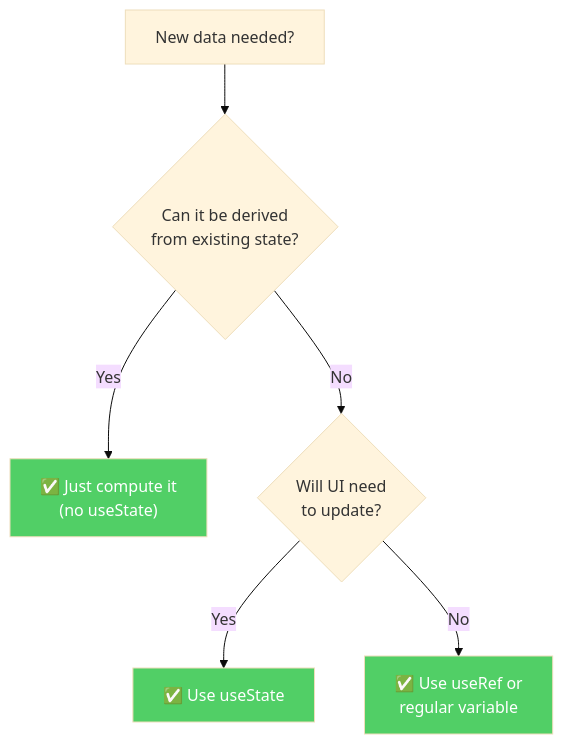
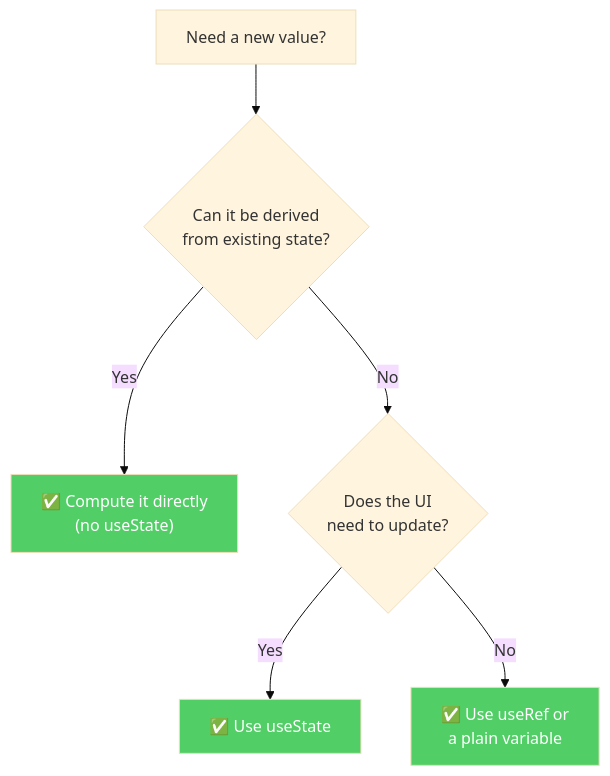
The fourth of 21 diagrams in REACT-HOOKS-DEEP-DIVE.md (vaishali86c/React-revision-book), drawn with Mermaid (base theme) before and after one commit. The commit also changed other lines of this file, not shown here.

````diff
--- a/REACT-HOOKS-DEEP-DIVE.md
+++ b/REACT-HOOKS-DEEP-DIVE.md
@@ -187,12 +190,12 @@
 ```mermaid
 graph TD
-    A["New data needed?"] --> B{Can it be derived\nfrom existing state?}
-    B -- Yes --> C["✅ Just compute it\n(no useState)"]
-    B -- No --> D{Will UI need\nto update?}
+    A["Need a new value?"] --> B{Can it be derived\nfrom existing state?}
+    B -- Yes --> C["✅ Compute it directly\n(no useState)"]
+    B -- No --> D{Does the UI\nneed to update?}
     D -- Yes --> E["✅ Use useState"]
-    D -- No --> F["✅ Use useRef or\nregular variable"]
+    D -- No --> F["✅ Use useRef or\na plain variable"]
 
     style C fill:#51cf66,color:#fff
     style E fill:#51cf66,color:#fff
     style F fill:#51cf66,color:#fff
 ```
````
